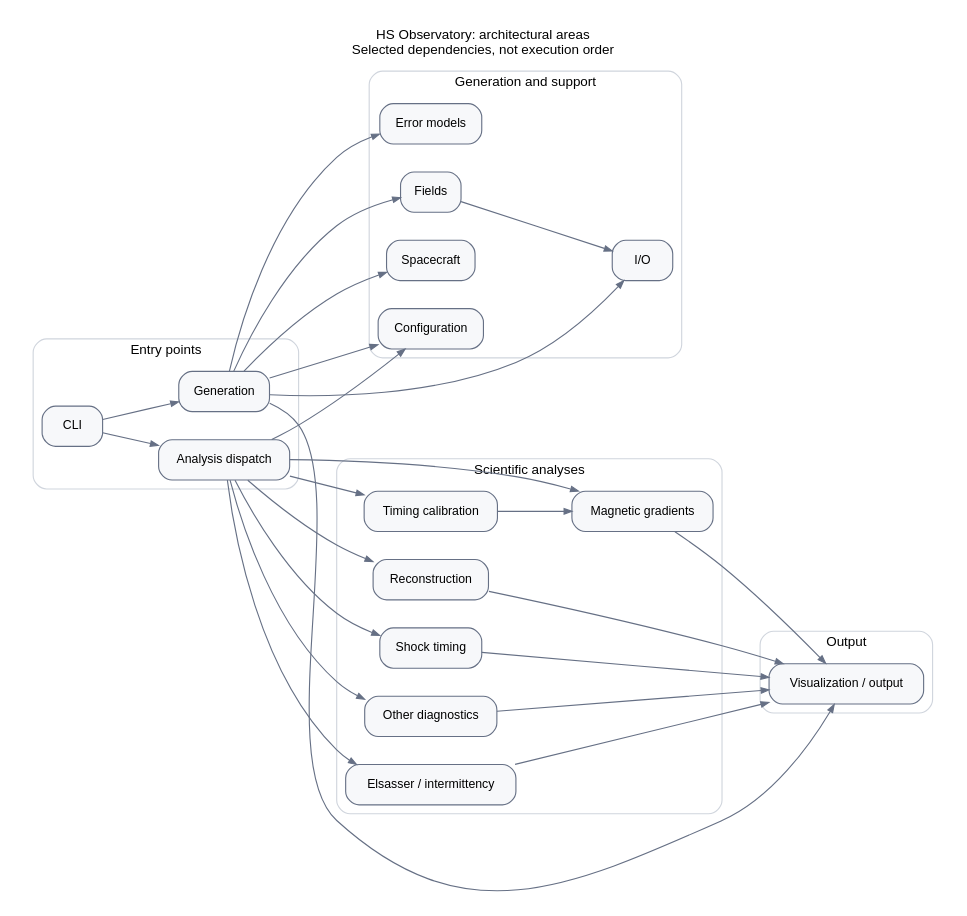
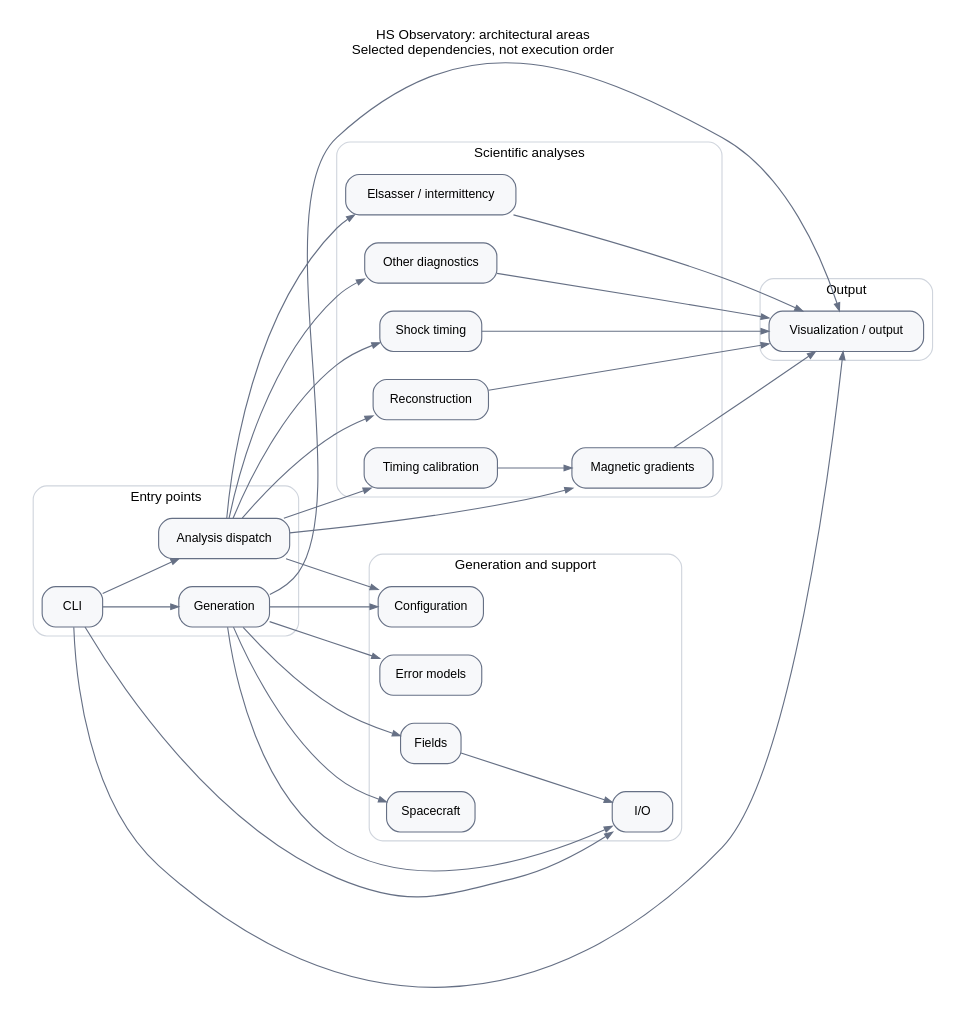
Before and after one commit to kgklein/hs-observatory: the diagram in docs/architecture/package-overview.dot, drawn with Graphviz. The commit also changed 20 other files, not shown here.

```diff
--- a/docs/architecture/package-overview.dot
+++ b/docs/architecture/package-overview.dot
@@ -1,62 +1,64 @@
 // Generated curated overview; arrows are selected source-backed dependencies.
 digraph package_overview {
   graph [rankdir=LR, bgcolor="white", fontname="Helvetica", fontsize=12,
          nodesep=0.35, ranksep=0.7, pad=0.2,
          label="HS Observatory: architectural areas\nSelected dependencies, not execution order", labelloc=t];
   node [shape=box, style="rounded,filled", fillcolor="#f7f8fa",
         color="#667085", fontname="Helvetica", fontsize=11, margin="0.14,0.10"];
   edge [color="#667085", arrowsize=0.7];
   subgraph cluster_0 {
     label="Entry points";
     color="#d0d5dd"; style="rounded";
-    "cli" [label="CLI", tooltip="cli"];
+    "cli" [label="CLI", tooltip="cli, geometry_movie"];
     "dispatch" [label="Analysis dispatch", tooltip="analysis.base, analysis.registry, analyze"];
     "generation" [label="Generation", tooltip="generate"];
   }
   subgraph cluster_1 {
     label="Generation and support";
     color="#d0d5dd"; style="rounded";
     "config" [label="Configuration", tooltip="config"];
     "errors" [label="Error models", tooltip="errors.base, errors.factory, errors.gaussian, errors.observatory, errors.offsets, errors.ornstein_uhlenbeck"];
     "fields" [label="Fields", tooltip="fields.base, fields.factory, fields.malara, fields.plume_single_mode, fields.shock, fields.simulation_sampled, fields.sine_sum"];
     "io" [label="I/O", tooltip="io.cdf_positions, io.hdf5, io.simulation_bp, io.simulation_npy"];
     "spacecraft" [label="Spacecraft", tooltip="spacecraft.configuration"];
   }
   subgraph cluster_2 {
     label="Scientific analyses";
     color="#d0d5dd"; style="rounded";
     "diagnostics" [label="Other diagnostics", tooltip="analysis.diagnostics, analysis.static_decorrelation, analysis.timeseries_fft"];
     "gradients" [label="Magnetic gradients", tooltip="analysis.magnetic_gradient, analysis.magnetic_gradient_correlation, analysis.magnetic_gradient_wasserstein"];
-    "intermittency" [label="Elsasser / intermittency", tooltip="analysis.derived.elsasser, analysis.derived.pairs, analysis.elsasser, analysis.elsasser_increment_pdf_static, analysis.increment_pdf_wasserstein, analysis.structure_function"];
+    "intermittency" [label="Elsasser / intermittency", tooltip="analysis.derived.elsasser, analysis.derived.geometry_pairs, analysis.derived.pairs, analysis.elsasser, analysis.elsasser_increment_pdf_static, analysis.increment_pdf_wasserstein, analysis.malara_raw_hs, analysis.spatial_structure_function, analysis.structure_function, analysis.structure_function_convergence, analysis.structure_function_duration, analysis.structure_function_duration_plots, analysis.structure_function_local, analysis.structure_function_moment_convergence, analysis.structure_function_publication, analysis.structure_function_uniform_binning"];
     "reconstruction" [label="Reconstruction", tooltip="analysis.rbf_reconstruction, analysis.timesync"];
     "shock" [label="Shock timing", tooltip="analysis.shock_timing"];
     "timing" [label="Timing calibration", tooltip="analysis.timing_affine, analysis.timing_calibrate, analysis.timing_influence, analysis.timing_noise"];
   }
   subgraph cluster_3 {
     label="Output";
     color="#d0d5dd"; style="rounded";
     "visualization" [label="Visualization / output", tooltip="visualization"];
   }
   "cli" -> "dispatch" [tooltip="cli -> analyze"];
   "cli" -> "generation" [tooltip="cli -> generate"];
+  "cli" -> "io" [tooltip="geometry_movie -> io.cdf_positions"];
+  "cli" -> "visualization" [tooltip="cli -> visualization; geometry_movie -> visualization"];
   "diagnostics" -> "visualization" [tooltip="analysis.timeseries_fft -> visualization"];
   "dispatch" -> "config" [tooltip="analyze -> config"];
   "dispatch" -> "diagnostics" [tooltip="analysis.registry -> analysis.diagnostics; analysis.registry -> analysis.static_decorrelation; analysis.registry -> analysis.timeseries_fft"];
   "dispatch" -> "gradients" [tooltip="analysis.registry -> analysis.magnetic_gradient; analysis.registry -> analysis.magnetic_gradient_correlation"];
-  "dispatch" -> "intermittency" [tooltip="analysis.registry -> analysis.elsasser; analysis.registry -> analysis.elsasser_increment_pdf_static; analysis.registry -> analysis.structure_function"];
+  "dispatch" -> "intermittency" [tooltip="analysis.registry -> analysis.elsasser; analysis.registry -> analysis.elsasser_increment_pdf_static; analysis.registry -> analysis.spatial_structure_function; analysis.registry -> analysis.structure_function"];
   "dispatch" -> "reconstruction" [tooltip="analysis.registry -> analysis.rbf_reconstruction; analysis.registry -> analysis.timesync"];
   "dispatch" -> "shock" [tooltip="analysis.registry -> analysis.shock_timing"];
   "dispatch" -> "timing" [tooltip="analysis.registry -> analysis.timing_calibrate"];
   "fields" -> "io" [tooltip="fields.simulation_sampled -> io.simulation_bp; fields.simulation_sampled -> io.simulation_npy"];
   "generation" -> "config" [tooltip="generate -> config"];
   "generation" -> "errors" [tooltip="generate -> errors.factory; generate -> errors.observatory"];
   "generation" -> "fields" [tooltip="generate -> fields.factory"];
   "generation" -> "io" [tooltip="generate -> io.cdf_positions; generate -> io.hdf5"];
   "generation" -> "spacecraft" [tooltip="generate -> spacecraft.configuration"];
   "generation" -> "visualization" [tooltip="generate -> visualization"];
   "gradients" -> "visualization" [tooltip="analysis.magnetic_gradient -> visualization"];
   "intermittency" -> "visualization" [tooltip="analysis.elsasser -> visualization"];
   "reconstruction" -> "visualization" [tooltip="analysis.rbf_reconstruction -> visualization"];
   "shock" -> "visualization" [tooltip="analysis.shock_timing -> visualization"];
   "timing" -> "gradients" [tooltip="analysis.timing_affine -> analysis.magnetic_gradient; analysis.timing_calibrate -> analysis.magnetic_gradient; analysis.timing_influence -> analysis.magnetic_gradient; analysis.timing_noise -> analysis.magnetic_gradient"];
 }
```
